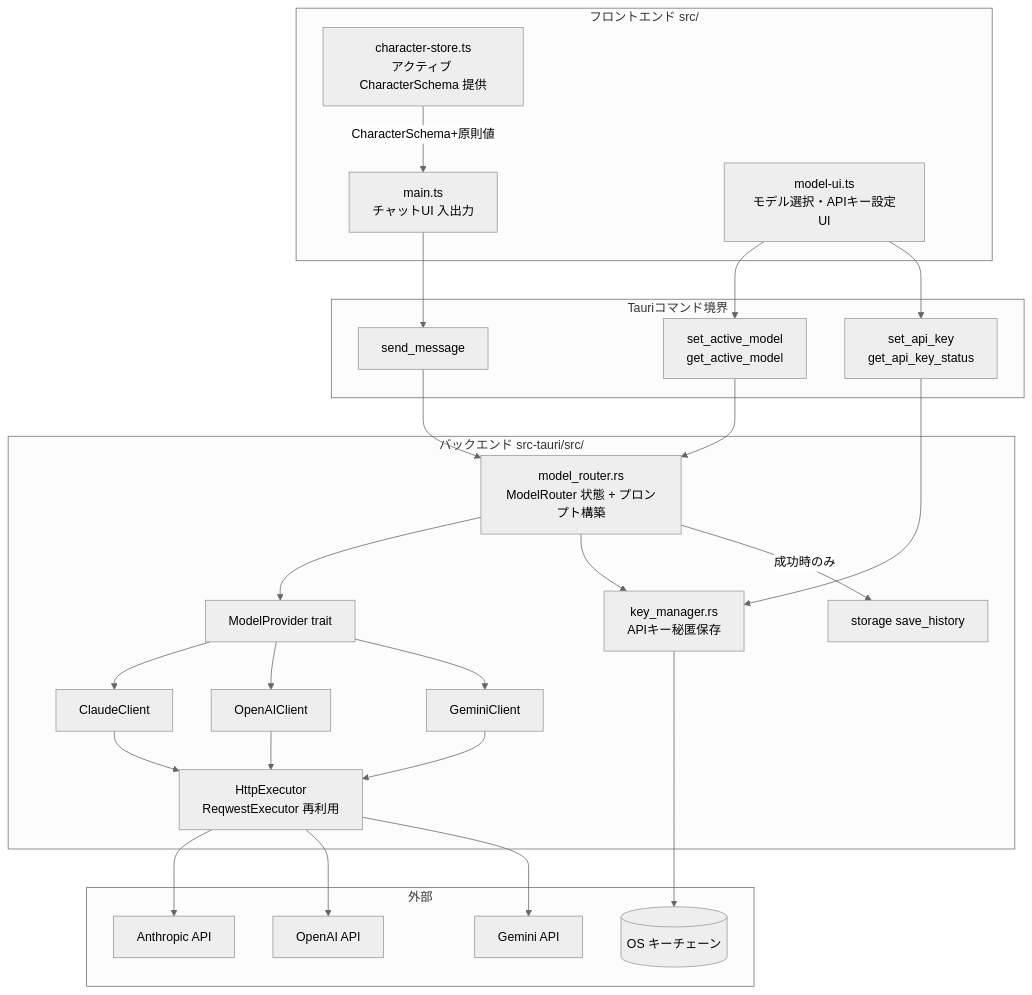
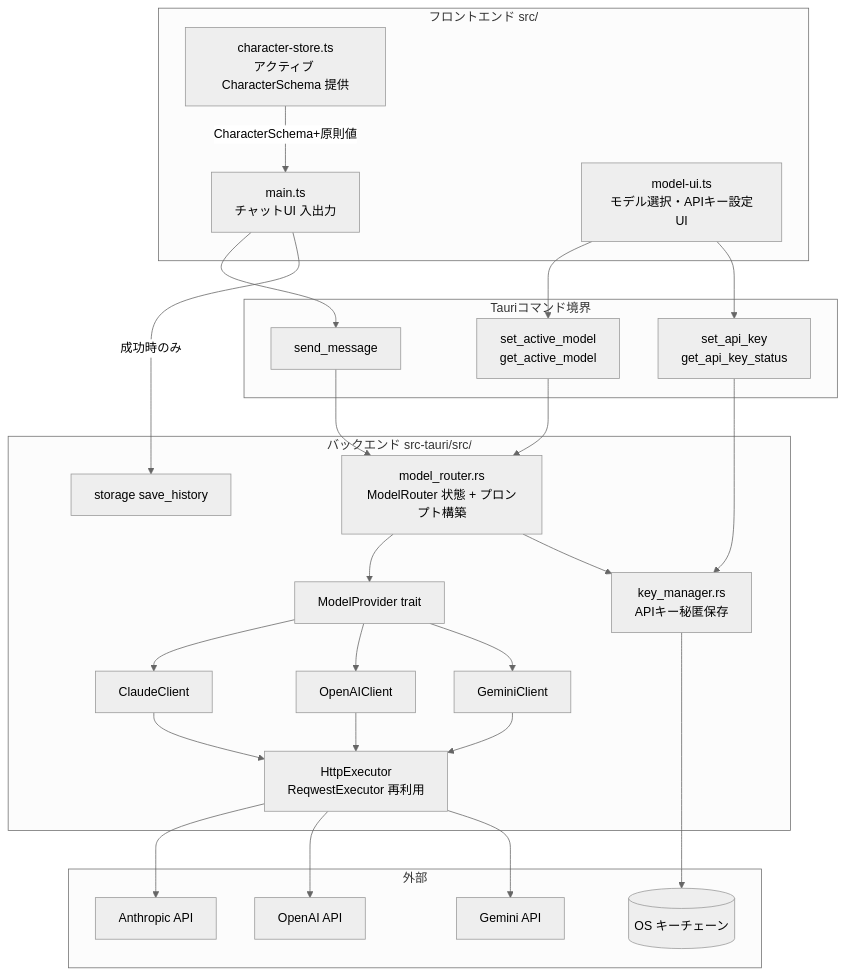
The first of 3 diagrams in .kiro/specs/model-router/design.md (kumamoto-kouki/mitatete), drawn with Mermaid (neutral theme) before and after one commit. The commit also changed other lines of this file and 5 other files, not shown here.

````diff
--- a/.kiro/specs/model-router/design.md
+++ b/.kiro/specs/model-router/design.md
@@ -74,53 +76,53 @@
 ```mermaid
 graph TB
   subgraph FE[フロントエンド src/]
     CHAT[main.ts<br/>チャットUI 入出力]
     MUI[model-ui.ts<br/>モデル選択・APIキー設定UI]
     CLAYER[character-store.ts<br/>アクティブ CharacterSchema 提供]
   end
 
   subgraph CMD[Tauriコマンド境界]
     C1[send_message]
     C2[set_active_model<br/>get_active_model]
     C3[set_api_key<br/>get_api_key_status]
   end
 
   subgraph RS[バックエンド src-tauri/src/]
     ROUTER[model_router.rs<br/>ModelRouter 状態 + プロンプト構築]
     PROV[ModelProvider trait]
     CLA[ClaudeClient]
     GPT[OpenAIClient]
     GEM[GeminiClient]
     KEY[key_manager.rs<br/>APIキー秘匿保存]
     HTTP[HttpExecutor<br/>ReqwestExecutor 再利用]
     HIST[storage save_history]
   end
 
   subgraph EXT[外部]
     AAPI[Anthropic API]
     OAPI[OpenAI API]
     GAPI[Gemini API]
     KC[(OS キーチェーン)]
   end
 
   CLAYER -->|CharacterSchema+原則値| CHAT
   CHAT --> C1
   MUI --> C2
   MUI --> C3
   C1 --> ROUTER
   C2 --> ROUTER
   C3 --> KEY
   ROUTER --> PROV
   PROV --> CLA
   PROV --> GPT
   PROV --> GEM
   ROUTER --> KEY
   KEY --> KC
   CLA --> HTTP
   GPT --> HTTP
   GEM --> HTTP
   HTTP --> AAPI
   HTTP --> OAPI
   HTTP --> GAPI
-  ROUTER -->|成功時のみ| HIST
+  CHAT -->|成功時のみ| HIST
 ```
````
